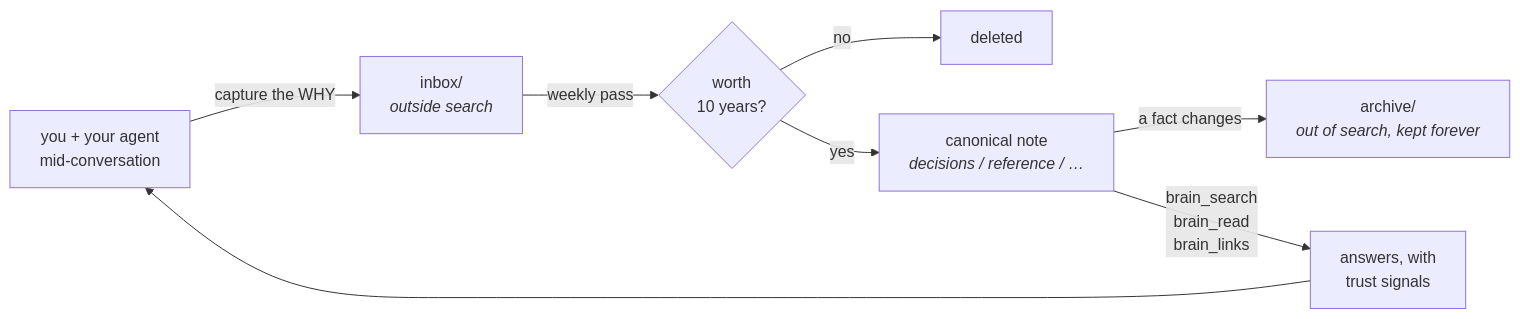
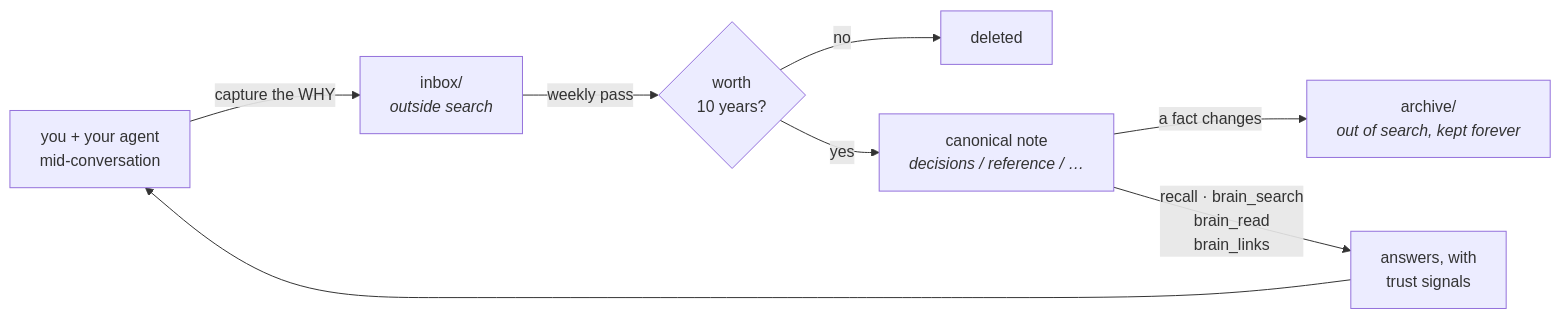
Before and after one commit to Cazy00/brain: the first of 2 diagrams in README.md, drawn with Mermaid. The commit also changed other lines of this file and 5 other files, not shown here.

````diff
--- a/README.md
+++ b/README.md
@@ -32,10 +32,10 @@
 ```mermaid
 flowchart LR
     A["you + your agent<br/>mid-conversation"] -->|"capture the WHY"| B["inbox/<br/><i>outside search</i>"]
     B -->|"weekly pass"| C{"worth<br/>10 years?"}
     C -->|"no"| D["deleted"]
     C -->|"yes"| E["canonical note<br/><i>decisions / reference / …</i>"]
     E -->|"a fact changes"| F["archive/<br/><i>out of search, kept forever</i>"]
-    E -->|"brain_search<br/>brain_read<br/>brain_links"| G["answers, with<br/>trust signals"]
+    E -->|"recall · brain_search<br/>brain_read<br/>brain_links"| G["answers, with<br/>trust signals"]
     G --> A
 ```
````
